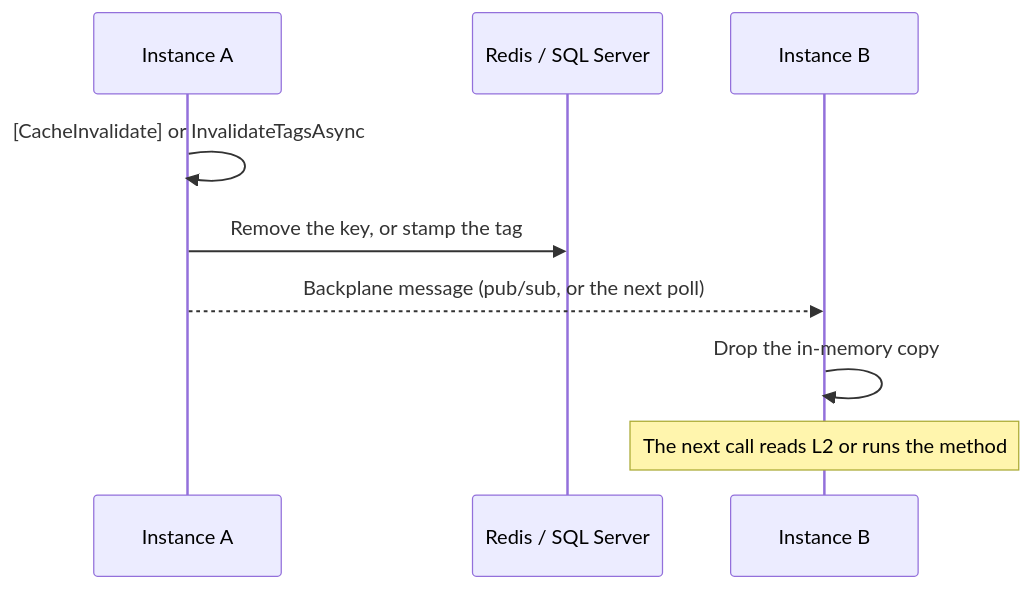
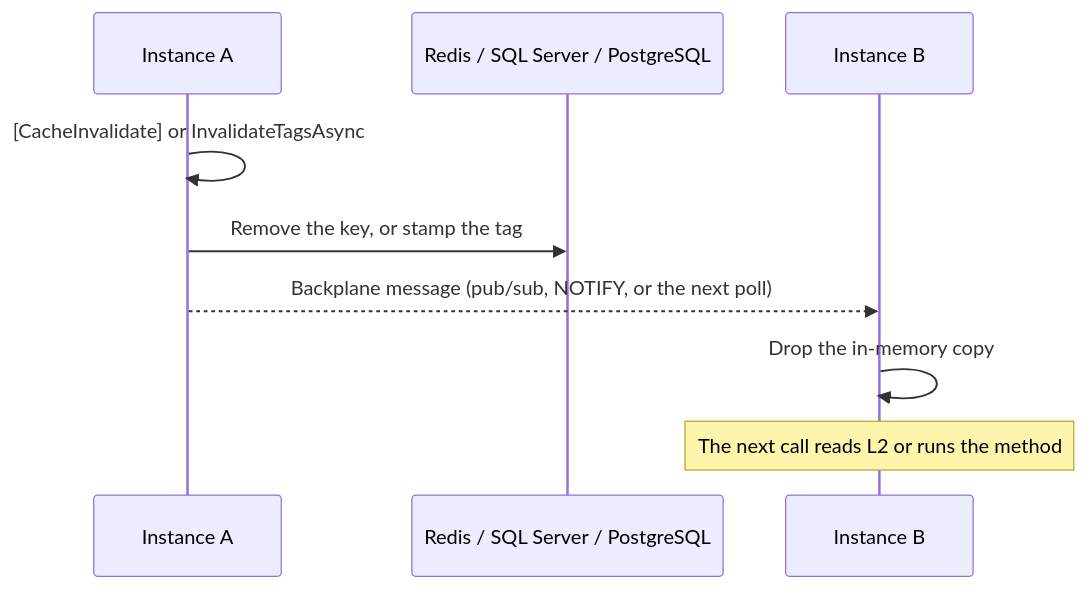
Before and after one commit to eoniclabs/MethodCache: the second of 2 diagrams in docs/features/distributed-cache.md, drawn with Mermaid. The commit also changed other lines of this file and 86 other files, not shown here.

First line of the commit message:
Add MethodCache.PostgreSql: PostgreSQL as the distributed cache (#160)

````diff
--- a/docs/features/distributed-cache.md
+++ b/docs/features/distributed-cache.md
@@ -42,11 +50,11 @@
 ```mermaid
 sequenceDiagram
     participant A as Instance A
-    participant L2 as Redis / SQL Server
+    participant L2 as Redis / SQL Server / PostgreSQL
     participant B as Instance B
     A->>A: [CacheInvalidate] or InvalidateTagsAsync
     A->>L2: Remove the key, or stamp the tag
-    A-->>B: Backplane message (pub/sub, or the next poll)
+    A-->>B: Backplane message (pub/sub, NOTIFY, or the next poll)
     B->>B: Drop the in-memory copy
     Note over B: The next call reads L2 or runs the method
 ```
````
